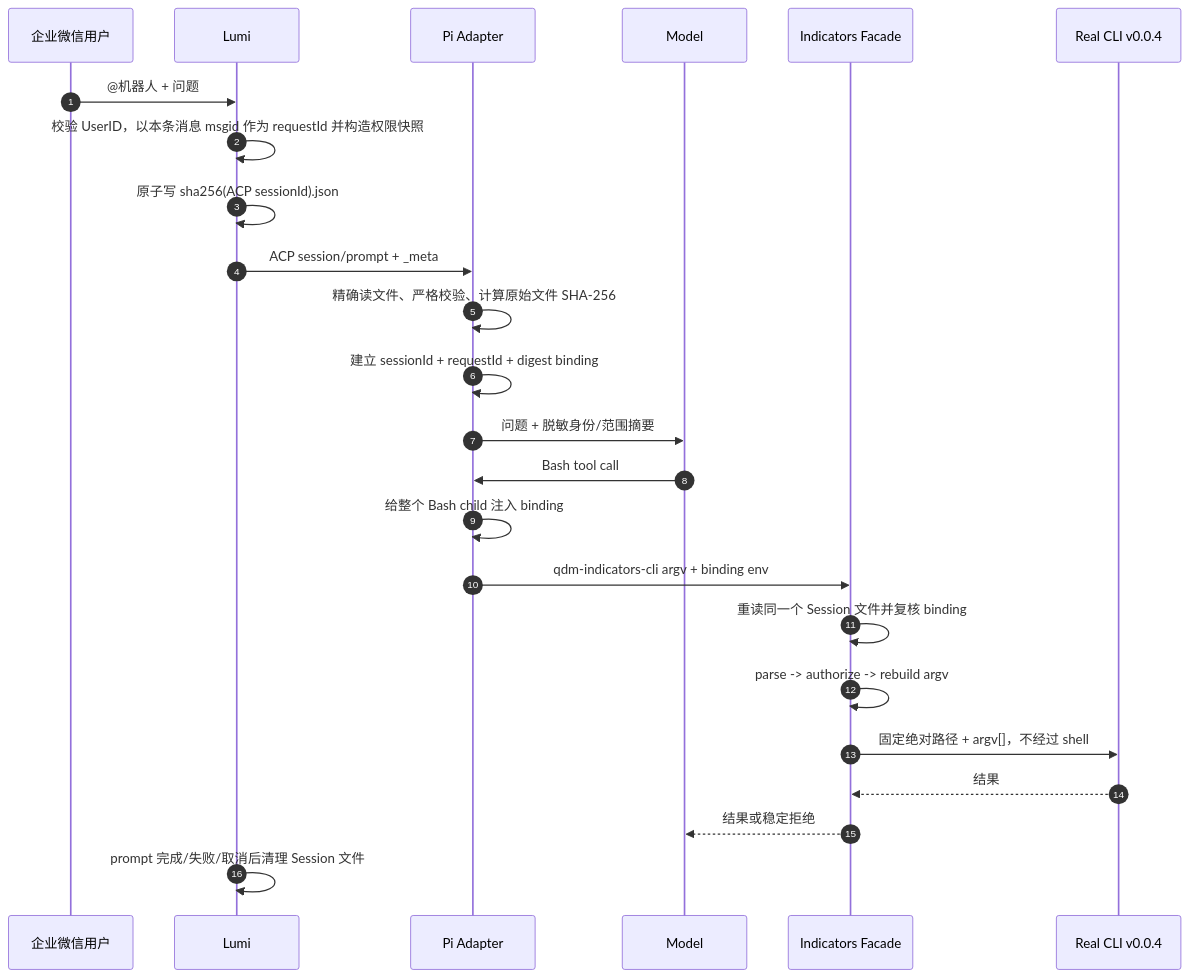
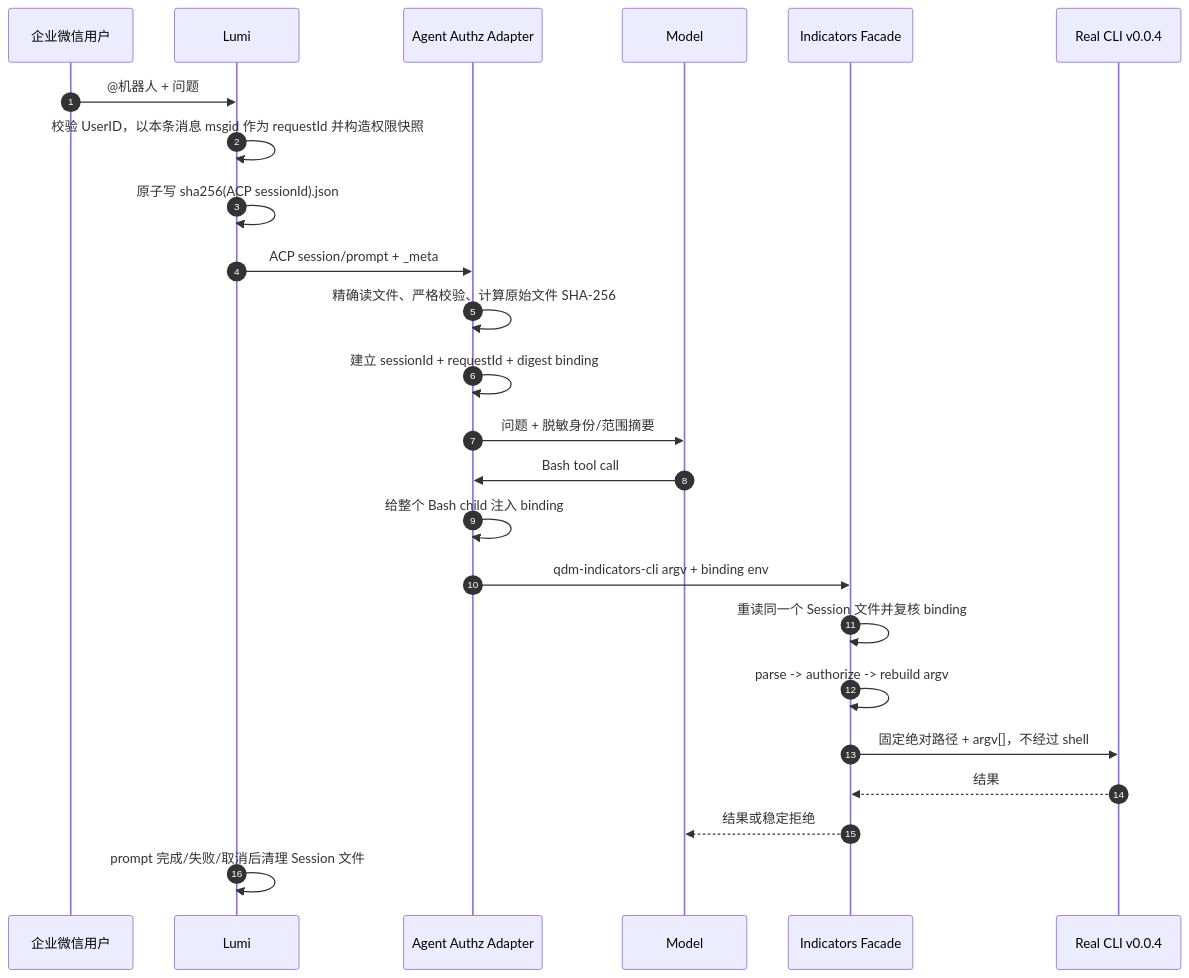
The diagram in p1.md (lumi-ai-lab/harness-data), drawn with Mermaid before and after one commit. The commit also changed other lines of this file and 23 other files, not shown here.

First line of the commit message:
feat(authz): 扩展 Lumi 多 Agent 授权支持

````diff
--- a/p1.md
+++ b/p1.md
@@ -141,27 +141,27 @@
 ```mermaid
 sequenceDiagram
     autonumber
     participant U as 企业微信用户
     participant L as Lumi
-    participant P as Pi Adapter
+    participant P as Agent Authz Adapter
     participant M as Model
     participant F as Indicators Facade
     participant R as Real CLI v0.0.4
 
     U->>L: @机器人 + 问题
     L->>L: 校验 UserID，以本条消息 msgid 作为 requestId 并构造权限快照
     L->>L: 原子写 sha256(ACP sessionId).json
     L->>P: ACP session/prompt + _meta
     P->>P: 精确读文件、严格校验、计算原始文件 SHA-256
     P->>P: 建立 sessionId + requestId + digest binding
     P->>M: 问题 + 脱敏身份/范围摘要
     M->>P: Bash tool call
     P->>P: 给整个 Bash child 注入 binding
     P->>F: qdm-indicators-cli argv + binding env
     F->>F: 重读同一个 Session 文件并复核 binding
     F->>F: parse -> authorize -> rebuild argv
     F->>R: 固定绝对路径 + argv[]，不经过 shell
     R-->>F: 结果
     F-->>M: 结果或稳定拒绝
     L->>L: prompt 完成/失败/取消后清理 Session 文件
 ```
````
